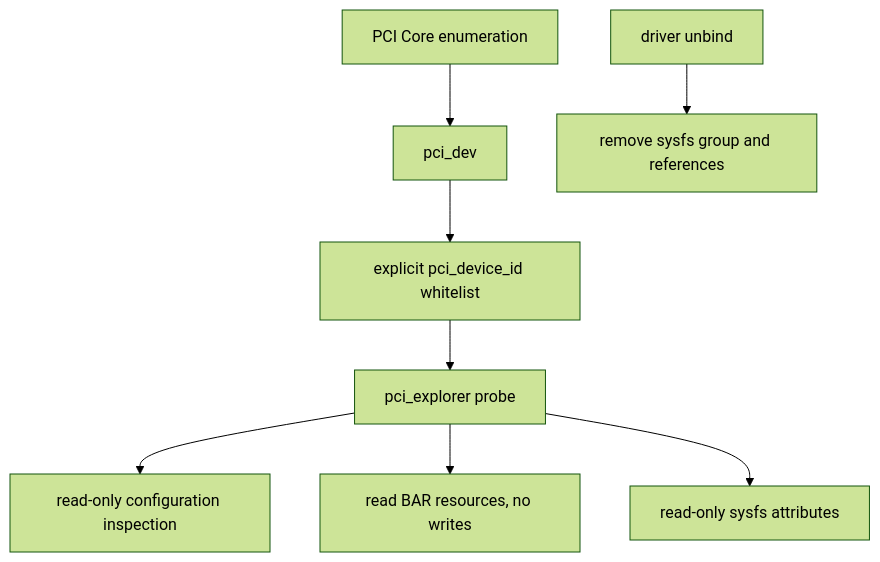
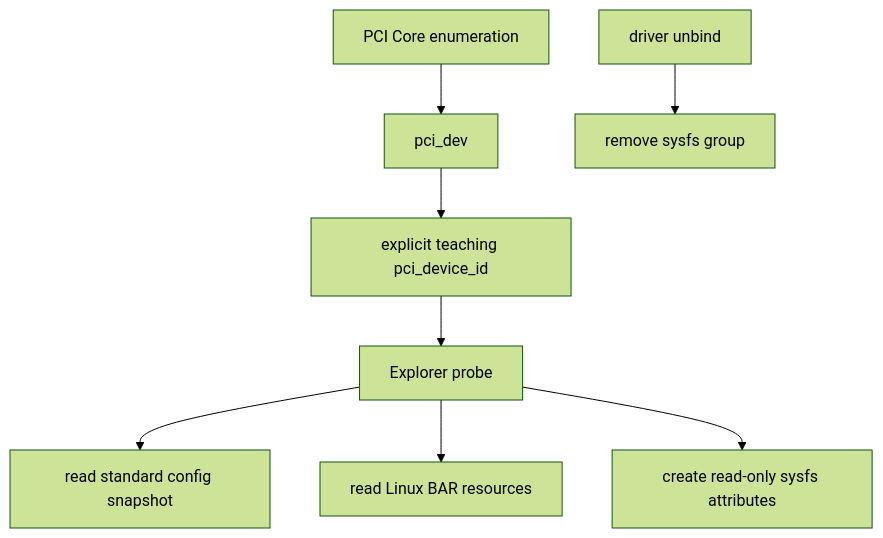
One commit to cdragon-ljl/EEandEdgeAI changed the first of 2 diagrams in docs/articles/pcie/pci-06-pci-explorer-capability-bar-sysfs.md. Above: the diagram before and after it, drawn with Mermaid (forest theme). The commit also changed other lines of this file and 3 other files, not shown here.

````diff
--- a/docs/articles/pcie/pci-06-pci-explorer-capability-bar-sysfs.md
+++ b/docs/articles/pcie/pci-06-pci-explorer-capability-bar-sysfs.md
@@ -49,10 +46,10 @@
 ```mermaid
 flowchart TD
     ENUM[PCI Core enumeration] --> PDEV[pci_dev]
-    PDEV --> MATCH[explicit pci_device_id whitelist]
-    MATCH --> PROBE[pci_explorer probe]
-    PROBE --> CFG[read-only configuration inspection]
-    PROBE --> RES[read BAR resources, no writes]
-    PROBE --> SYS[read-only sysfs attributes]
-    UNBIND[driver unbind] --> REMOVE[remove sysfs group and references]
+    PDEV --> MATCH[explicit teaching pci_device_id]
+    MATCH --> PROBE[Explorer probe]
+    PROBE --> SNAP[read standard config snapshot]
+    PROBE --> RES[read Linux BAR resources]
+    PROBE --> SYS[create read-only sysfs attributes]
+    UNBIND[driver unbind] --> REMOVE[remove sysfs group]
 ```
````
